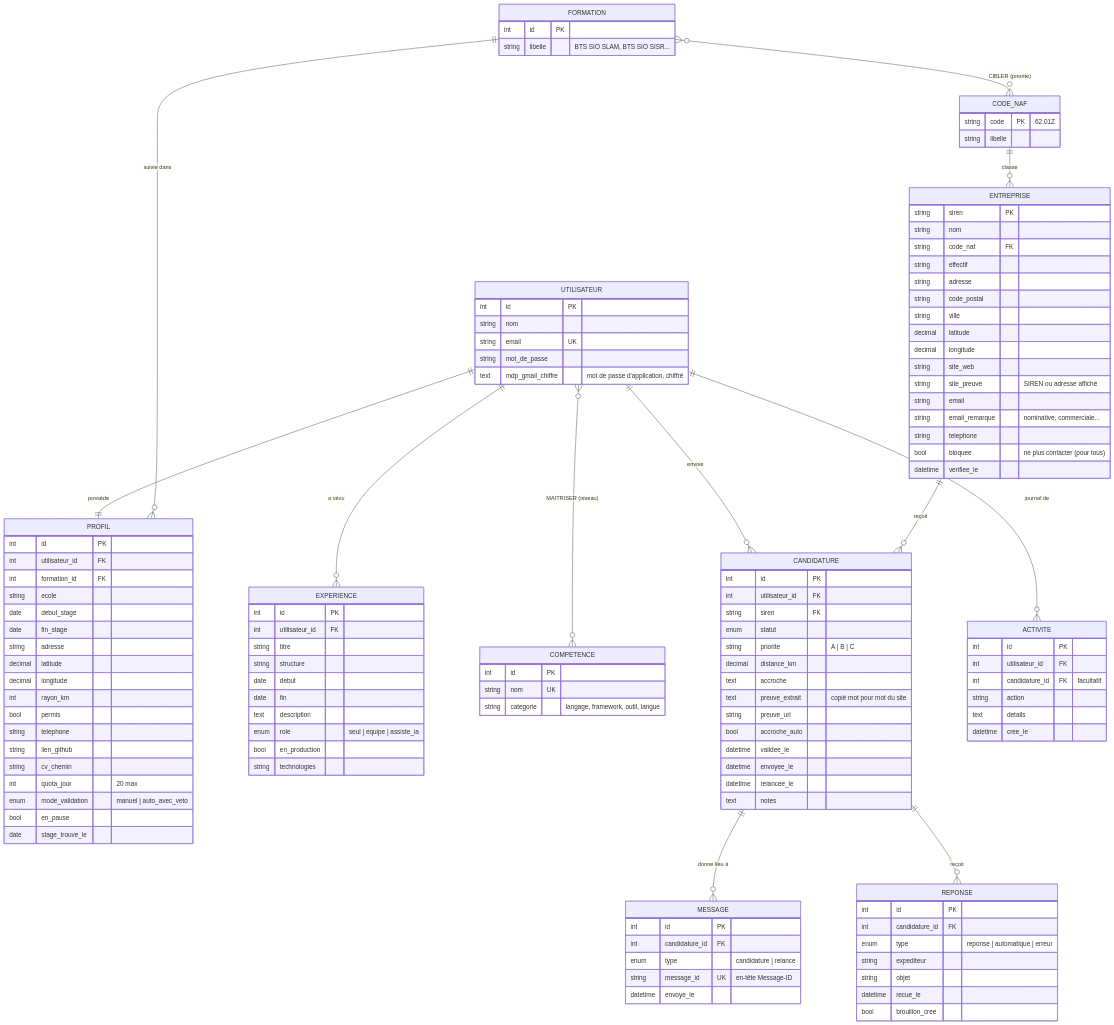
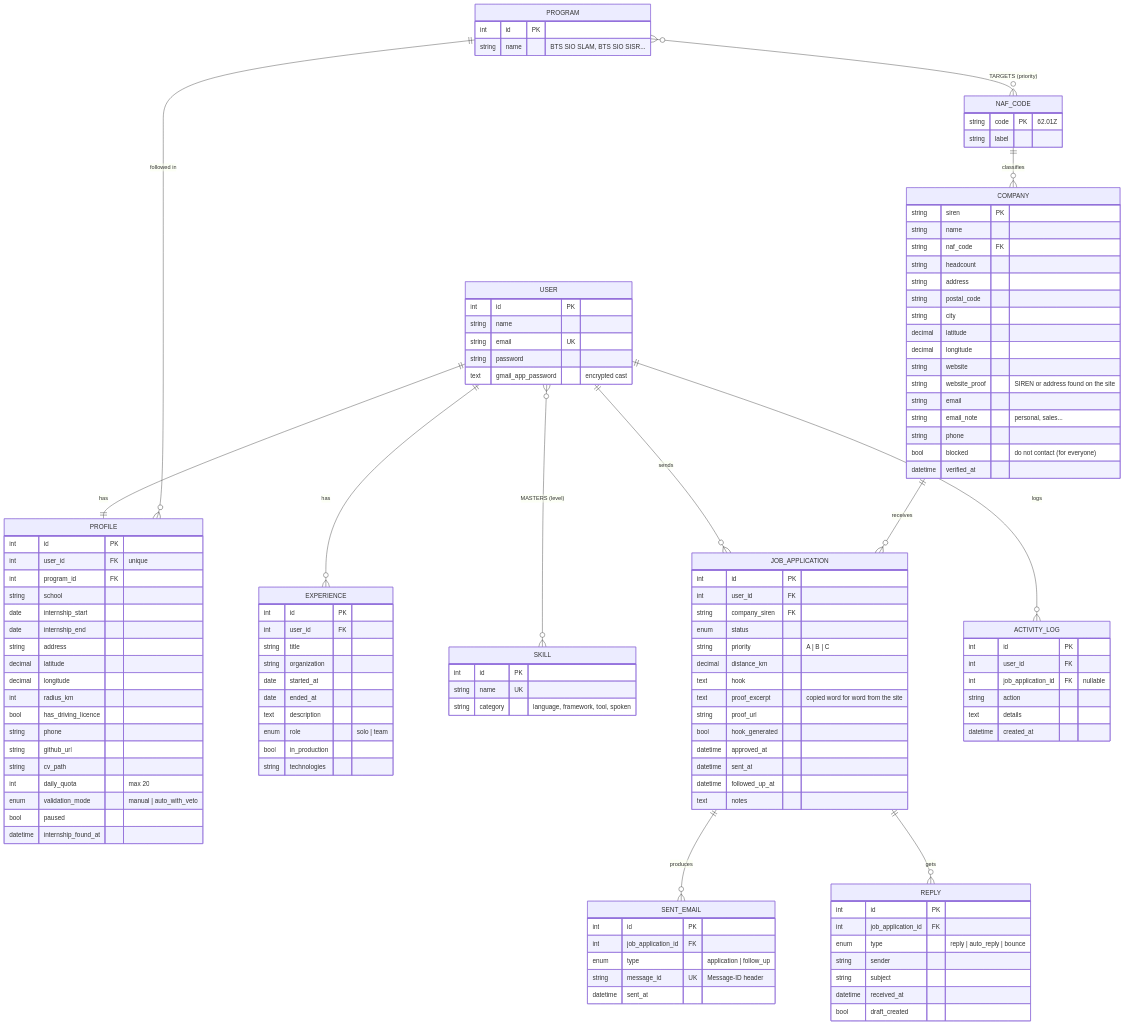
The diagram in docs/MCD.md (mohamed-ali-akir/stagepilot), drawn with Mermaid before and after one commit. The commit also changed other lines of this file, not shown here.

Commit message:
Docs : MCD en anglais (code), rôle d'expérience solo | team

````diff
--- a/docs/MCD.md
+++ b/docs/MCD.md
@@ -11,125 +13,125 @@
 ```mermaid
 erDiagram
-    UTILISATEUR ||--|| PROFIL : "possède"
-    FORMATION ||--o{ PROFIL : "suivie dans"
-    FORMATION }o--o{ CODE_NAF : "CIBLER (priorite)"
-    UTILISATEUR ||--o{ EXPERIENCE : "a vécu"
-    UTILISATEUR }o--o{ COMPETENCE : "MAITRISER (niveau)"
-    CODE_NAF ||--o{ ENTREPRISE : "classe"
-    UTILISATEUR ||--o{ CANDIDATURE : "envoie"
-    ENTREPRISE ||--o{ CANDIDATURE : "reçoit"
-    CANDIDATURE ||--o{ MESSAGE : "donne lieu à"
-    CANDIDATURE ||--o{ REPONSE : "reçoit"
-    UTILISATEUR ||--o{ ACTIVITE : "journal de"
+    USER ||--|| PROFILE : "has"
+    PROGRAM ||--o{ PROFILE : "followed in"
+    PROGRAM }o--o{ NAF_CODE : "TARGETS (priority)"
+    USER ||--o{ EXPERIENCE : "has"
+    USER }o--o{ SKILL : "MASTERS (level)"
+    NAF_CODE ||--o{ COMPANY : "classifies"
+    USER ||--o{ JOB_APPLICATION : "sends"
+    COMPANY ||--o{ JOB_APPLICATION : "receives"
+    JOB_APPLICATION ||--o{ SENT_EMAIL : "produces"
+    JOB_APPLICATION ||--o{ REPLY : "gets"
+    USER ||--o{ ACTIVITY_LOG : "logs"
 
-    UTILISATEUR {
+    USER {
         int id PK
-        string nom
+        string name
         string email UK
-        string mot_de_passe
-        text mdp_gmail_chiffre "mot de passe d'application, chiffré"
+        string password
+        text gmail_app_password "encrypted cast"
     }
-    PROFIL {
+    PROFILE {
         int id PK
-        int utilisateur_id FK
-        int formation_id FK
-        string ecole
-        date debut_stage
-        date fin_stage
-        string adresse
+        int user_id FK "unique"
+        int program_id FK
+        string school
+        date internship_start
+        date internship_end
+        string address
         decimal latitude
         decimal longitude
-        int rayon_km
-        bool permis
-        string telephone
-        string lien_github
-        string cv_chemin
-        int quota_jour "20 max"
-        enum mode_validation "manuel | auto_avec_veto"
-        bool en_pause
-        date stage_trouve_le
+        int radius_km
+        bool has_driving_licence
+        string phone
+        string github_url
+        string cv_path
+        int daily_quota "max 20"
+        enum validation_mode "manual | auto_with_veto"
+        bool paused
+        datetime internship_found_at
     }
-    FORMATION {
+    PROGRAM {
         int id PK
-        string libelle "BTS SIO SLAM, BTS SIO SISR..."
+        string name "BTS SIO SLAM, BTS SIO SISR..."
     }
-    CODE_NAF {
+    NAF_CODE {
         string code PK "62.01Z"
-        string libelle
+        string label
     }
     EXPERIENCE {
         int id PK
-        int utilisateur_id FK
-        string titre
-        string structure
-        date debut
-        date fin
+        int user_id FK
+        string title
+        string organization
+        date started_at
+        date ended_at
         text description
-        enum role "seul | equipe | assiste_ia"
-        bool en_production
+        enum role "solo | team"
+        bool in_production
         string technologies
     }
-    COMPETENCE {
+    SKILL {
         int id PK
-        string nom UK
-        string categorie "langage, framework, outil, langue"
+        string name UK
+        string category "language, framework, tool, spoken"
     }
-    ENTREPRISE {
+    COMPANY {
         string siren PK
-        string nom
-        string code_naf FK
-        string effectif
-        string adresse
-        string code_postal
-        string ville
+        string name
+        string naf_code FK
+        string headcount
+        string address
+        string postal_code
+        string city
         decimal latitude
         decimal longitude
-        string site_web
-        string site_preuve "SIREN ou adresse affiché"
+        string website
+        string website_proof "SIREN or address found on the site"
         string email
-        string email_remarque "nominative, commerciale..."
-        string telephone
-        bool bloquee "ne plus contacter (pour tous)"
-        datetime verifiee_le
+        string email_note "personal, sales..."
+        string phone
+        bool blocked "do not contact (for everyone)"
+        datetime verified_at
     }
-    CANDIDATURE {
+    JOB_APPLICATION {
         int id PK
-        int utilisateur_id FK
-        string siren FK
-        enum statut
-        string priorite "A | B | C"
+        int user_id FK
+        string company_siren FK
+        enum status
+        string priority "A | B | C"
         decimal distance_km
-        text accroche
-        text preuve_extrait "copié mot pour mot du site"
-        string preuve_url
-        bool accroche_auto
-        datetime validee_le
-        datetime envoyee_le
-        datetime relancee_le
+        text hook
+        text proof_excerpt "copied word for word from the site"
+        string proof_url
+        bool hook_generated
+        datetime approved_at
+        datetime sent_at
+        datetime followed_up_at
         text notes
     }
-    MESSAGE {
+    SENT_EMAIL {
         int id PK
-        int candidature_id FK
-        enum type "candidature | relance"
-        string message_id UK "en-tête Message-ID"
-        datetime envoye_le
+        int job_application_id FK
+        enum type "application | follow_up"
+        string message_id UK "Message-ID header"
+        datetime sent_at
     }
-    REPONSE {
+    REPLY {
         int id PK
-        int candidature_id FK
-        enum type "reponse | automatique | erreur"
-        string expediteur
-        string objet
-        datetime recue_le
-        bool brouillon_cree
+        int job_application_id FK
+        enum type "reply | auto_reply | bounce"
+        string sender
+        string subject
+        datetime received_at
+        bool draft_created
     }
-    ACTIVITE {
+    ACTIVITY_LOG {
         int id PK
-        int utilisateur_id FK
-        int candidature_id FK "facultatif"
+        int user_id FK
+        int job_application_id FK "nullable"
         string action
         text details
-        datetime cree_le
+        datetime created_at
     }
 ```
````
